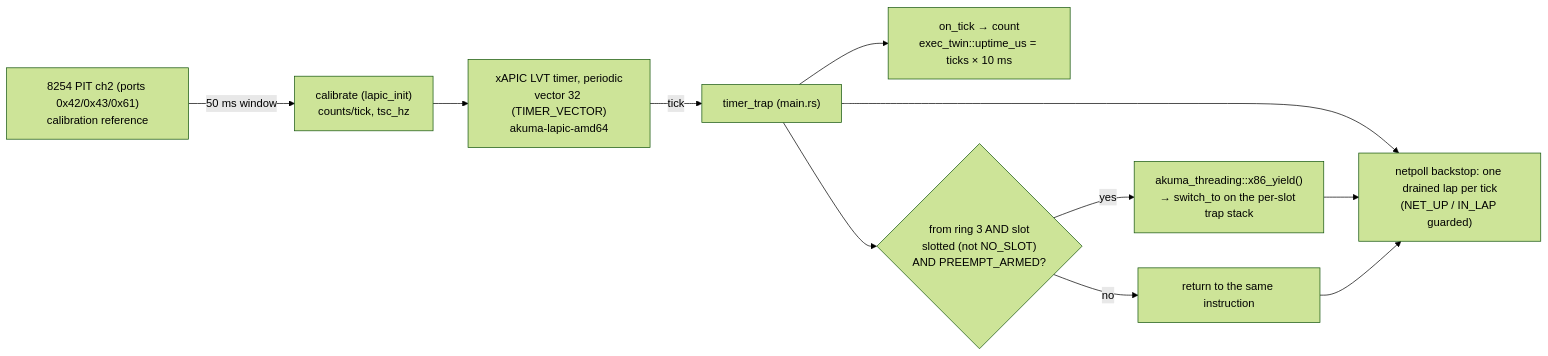
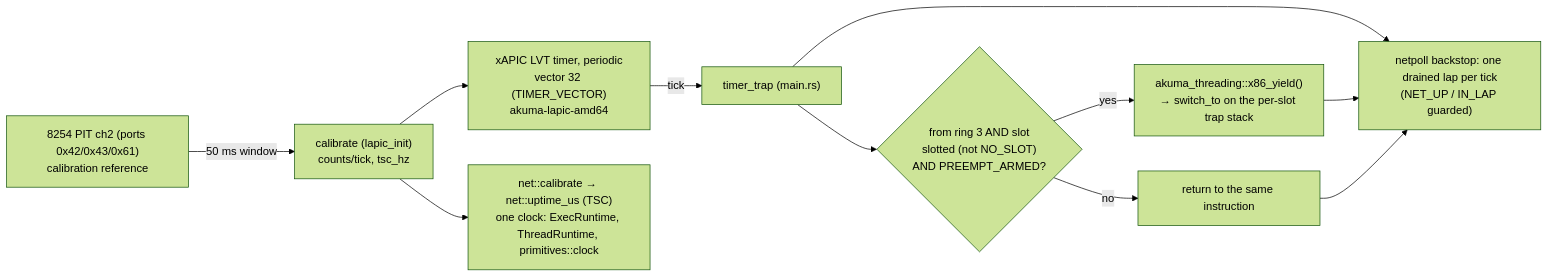
One commit to netoneko/akuma changed the first of 2 diagrams in taoxichuan/docs/reference/scheduling.md. Above: the diagram before and after it, drawn with Mermaid (forest theme). The commit also changed other lines of this file and 14 other files, not shown here.

````diff
--- a/taoxichuan/docs/reference/scheduling.md
+++ b/taoxichuan/docs/reference/scheduling.md
@@ -8,13 +8,13 @@
 ```mermaid
 flowchart LR
     PIT["8254 PIT ch2 (ports 0x42/0x43/0x61)<br/>calibration reference"] -->|50 ms window| CAL["calibrate (lapic_init)<br/>counts/tick, tsc_hz"]
     CAL --> LVT["xAPIC LVT timer, periodic<br/>vector 32 (TIMER_VECTOR)<br/>akuma-lapic-amd64"]
     LVT -->|tick| TT["timer_trap (main.rs)"]
-    TT --> CLK["on_tick → count<br/>exec_twin::uptime_us = ticks × 10 ms"]
+    CAL --> CLK["net::calibrate → net::uptime_us (TSC)<br/>one clock: ExecRuntime, ThreadRuntime, primitives::clock"]
     TT --> G{"from ring 3 AND slot<br/>slotted (not NO_SLOT)<br/>AND PREEMPT_ARMED?"}
     G -->|yes| Y["akuma_threading::x86_yield()<br/>→ switch_to on the per-slot trap stack"]
     G -->|no| R["return to the same instruction"]
     TT --> NP["netpoll backstop: one drained lap per tick<br/>(NET_UP / IN_LAP guarded)"]
     Y --> NP
     R --> NP
 ```
````
